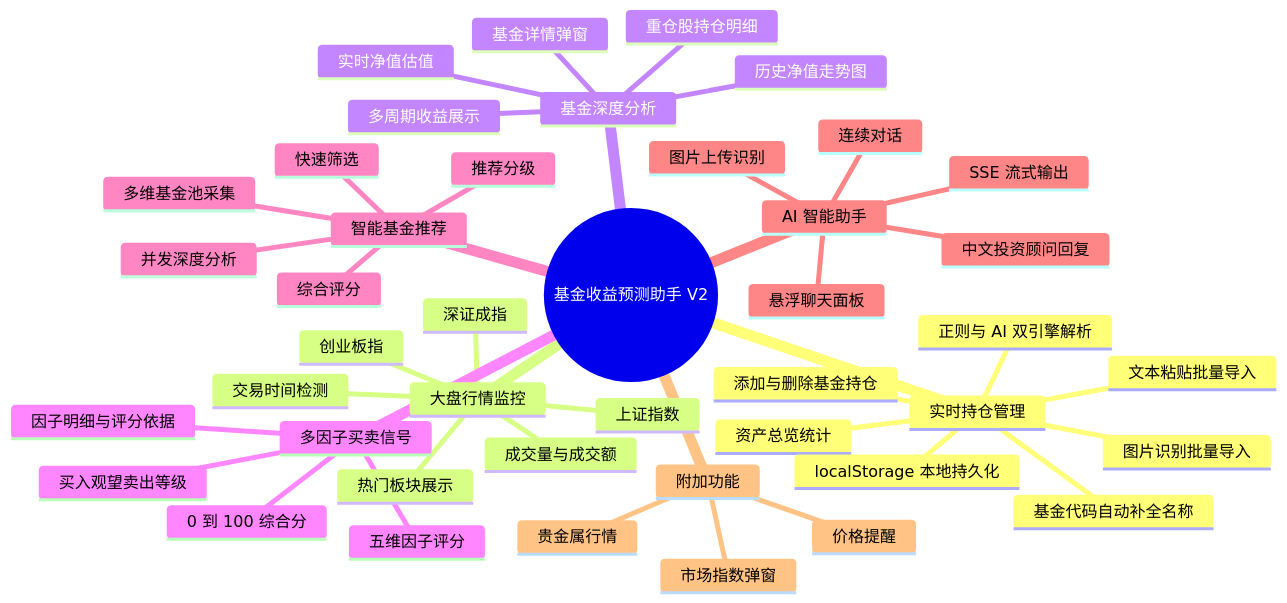
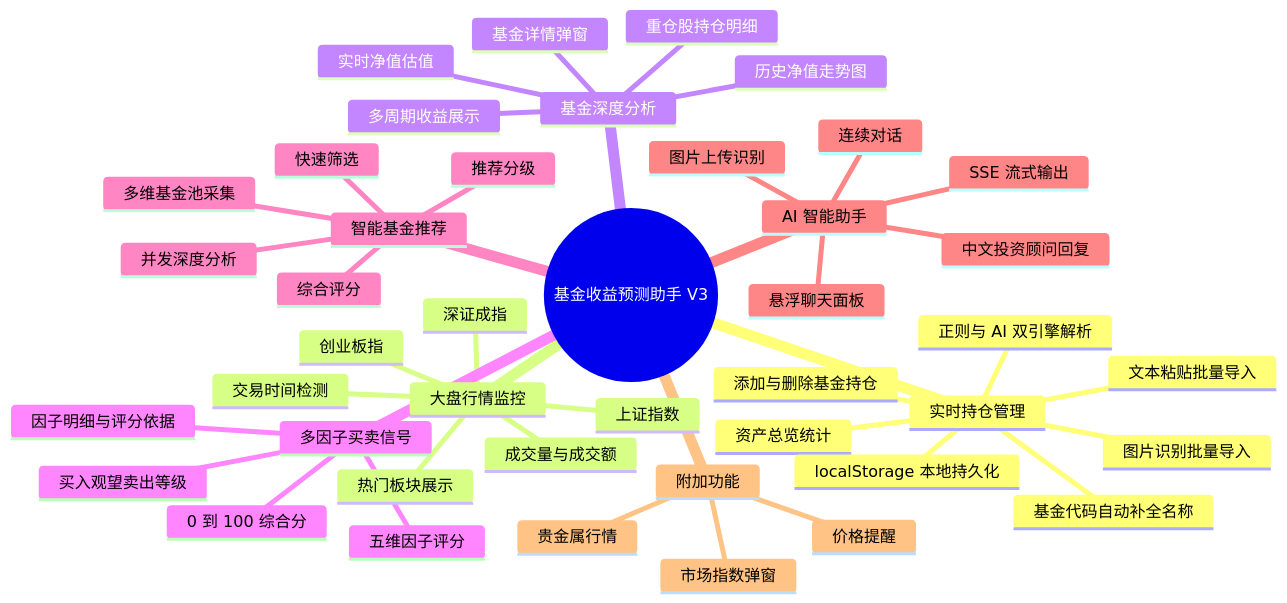
Before and after one commit to ningwangyu/turbo-umbrella: the second of 3 diagrams in docs/PROJECT_DIAGRAMS.md, drawn with Mermaid. The commit also changed other lines of this file and 7 other files, not shown here.

````diff
--- a/docs/PROJECT_DIAGRAMS.md
+++ b/docs/PROJECT_DIAGRAMS.md
@@ -105,46 +105,46 @@
 ```mermaid
 mindmap
-  root((基金收益预测助手 V2))
+  root((基金收益预测助手 V3))
     实时持仓管理
       添加与删除基金持仓
       基金代码自动补全名称
       文本粘贴批量导入
       图片识别批量导入
       资产总览统计
       localStorage 本地持久化
       正则与 AI 双引擎解析
     大盘行情监控
       上证指数
       深证成指
       创业板指
       成交量与成交额
       交易时间检测
       热门板块展示
     基金深度分析
       实时净值估值
       历史净值走势图
       重仓股持仓明细
       多周期收益展示
       基金详情弹窗
     多因子买卖信号
       五维因子评分
       0 到 100 综合分
       买入观望卖出等级
       因子明细与评分依据
     智能基金推荐
       多维基金池采集
       快速筛选
       并发深度分析
       综合评分
       推荐分级
     AI 智能助手
       悬浮聊天面板
       SSE 流式输出
       图片上传识别
       连续对话
       中文投资顾问回复
     附加功能
       贵金属行情
       价格提醒
       市场指数弹窗
 ```
````
